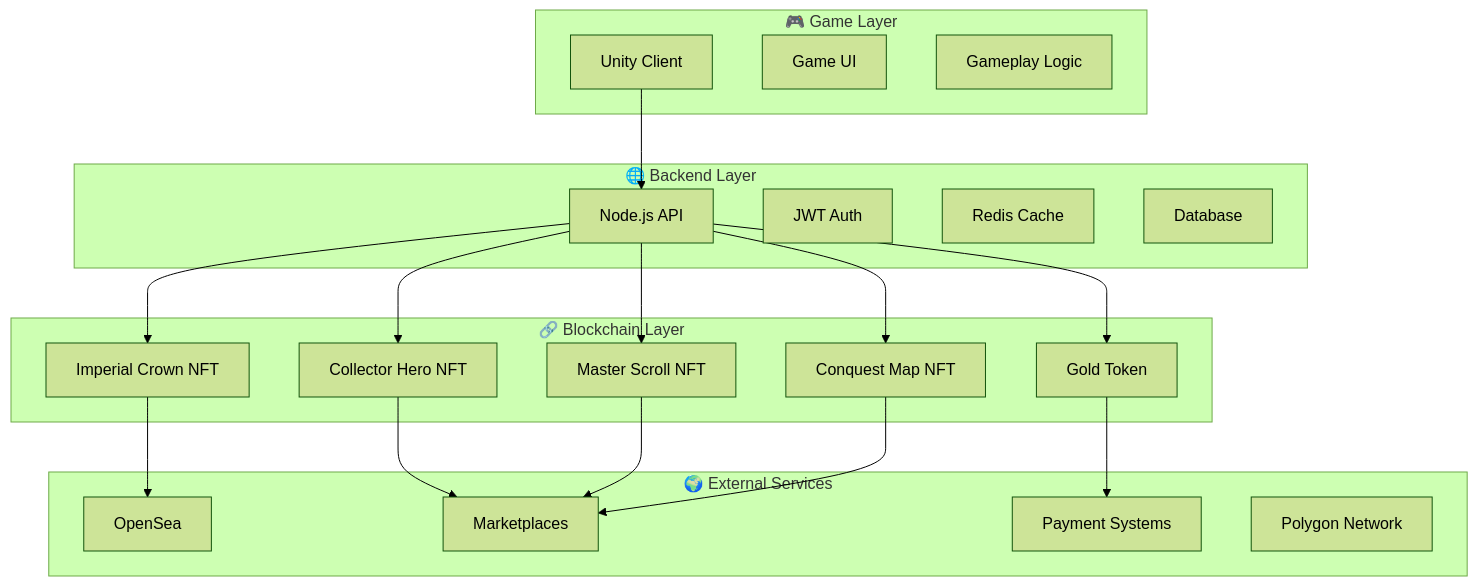
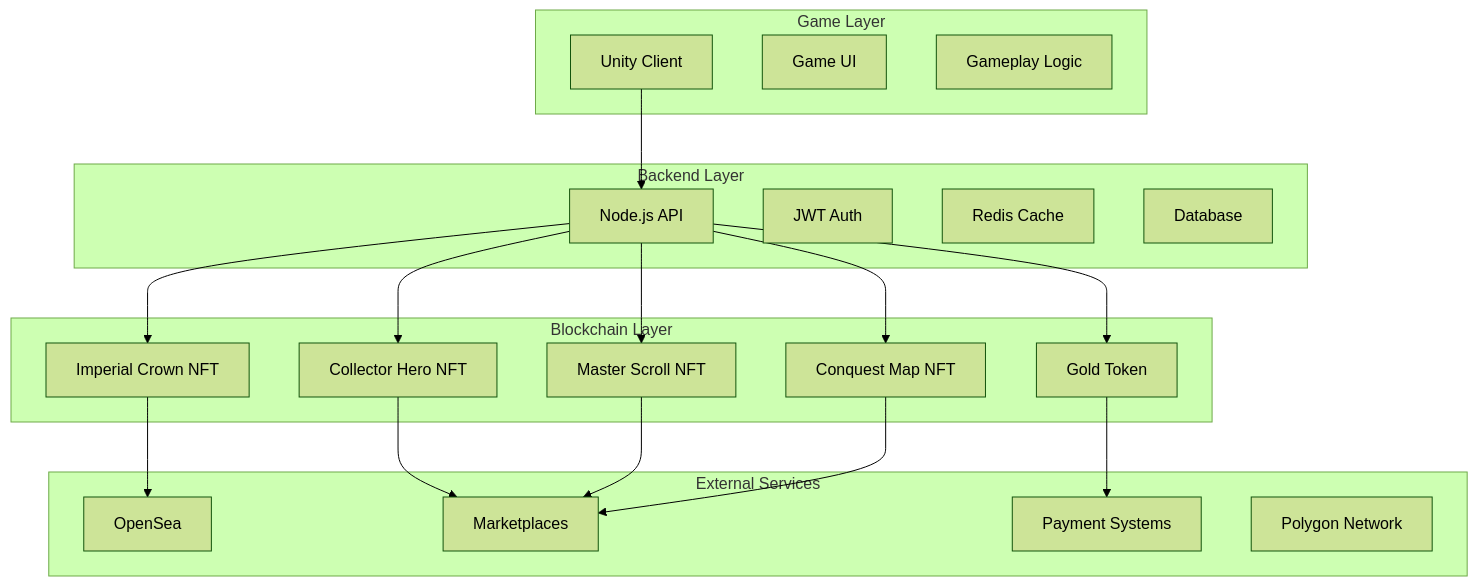
One commit to rusty-dusty-corner/nft_and_gaming_research_086 changed the first of 6 diagrams in docs/drafts/smart-contract-architecture-and-flows.md. Above: the diagram before and after it, drawn with Mermaid (forest theme). The commit also changed 1 other file, not shown here.

Commit message:
🔧 Fix Mermaid diagrams and add comprehensive testing report
✅ Fixed Mermaid diagram syntax issues:
- Removed emoji characters from subgraph labels
- Fixed 'Unable to render rich display' error
- Tested locally with browser automation and AI analysis

📊 Local testing results:
- System Architecture: ✅ All 4 layers visible in browser tests
- Sequence Diagrams: ✅ All 5 flow diagrams render correctly
- Component visibility: ✅ All NFT contracts and connections properly displayed
- Browser compatibility: ✅ Verified with Puppeteer and Groq Vision

📋 Added comprehensive testing report:
- Root cause analysis (emoji characters in subgraph labels)
- Advanced testing methodology using Nix-shell, Puppeteer, and Groq Vision
- Detailed test results and verification process
- Best practices for future Mermaid diagram development

⏳ Next step: Verify GitHub rendering after commit

🎯 Expected outcome: All diagrams should now render correctly on GitHub

````diff
--- a/docs/drafts/smart-contract-architecture-and-flows.md
+++ b/docs/drafts/smart-contract-architecture-and-flows.md
@@ -25,42 +25,42 @@
 ```mermaid
 graph TB
-    subgraph "🎮 Game Layer"
+    subgraph "Game Layer"
         UC[Unity Client]
         UI[Game UI]
         GP[Gameplay Logic]
     end
     
-    subgraph "🌐 Backend Layer"
+    subgraph "Backend Layer"
         API[Node.js API]
         AUTH[JWT Auth]
         CACHE[Redis Cache]
         DB[Database]
     end
     
-    subgraph "🔗 Blockchain Layer"
+    subgraph "Blockchain Layer"
         IC[Imperial Crown NFT]
         CH[Collector Hero NFT]
         MS[Master Scroll NFT]
         CM[Conquest Map NFT]
         GT[Gold Token]
     end
     
-    subgraph "🌍 External Services"
+    subgraph "External Services"
         OPENSEA[OpenSea]
         MARKET[Marketplaces]
         PAY[Payment Systems]
         POLYGON[Polygon Network]
     end
     
     UC --> API
     API --> IC
     API --> CH
     API --> MS
     API --> CM
     API --> GT
     IC --> OPENSEA
     CH --> MARKET
     MS --> MARKET
     CM --> MARKET
     GT --> PAY
 ```
````
